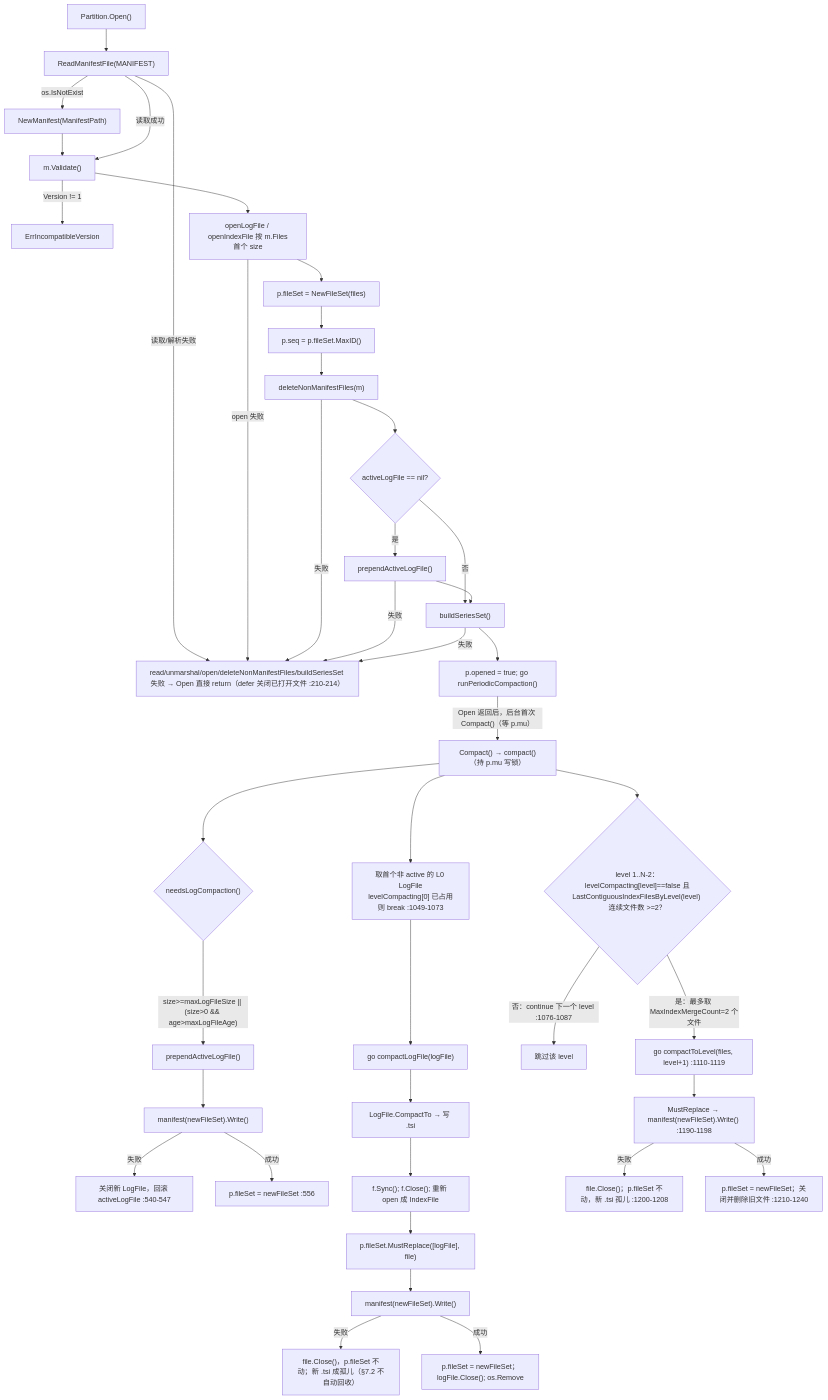
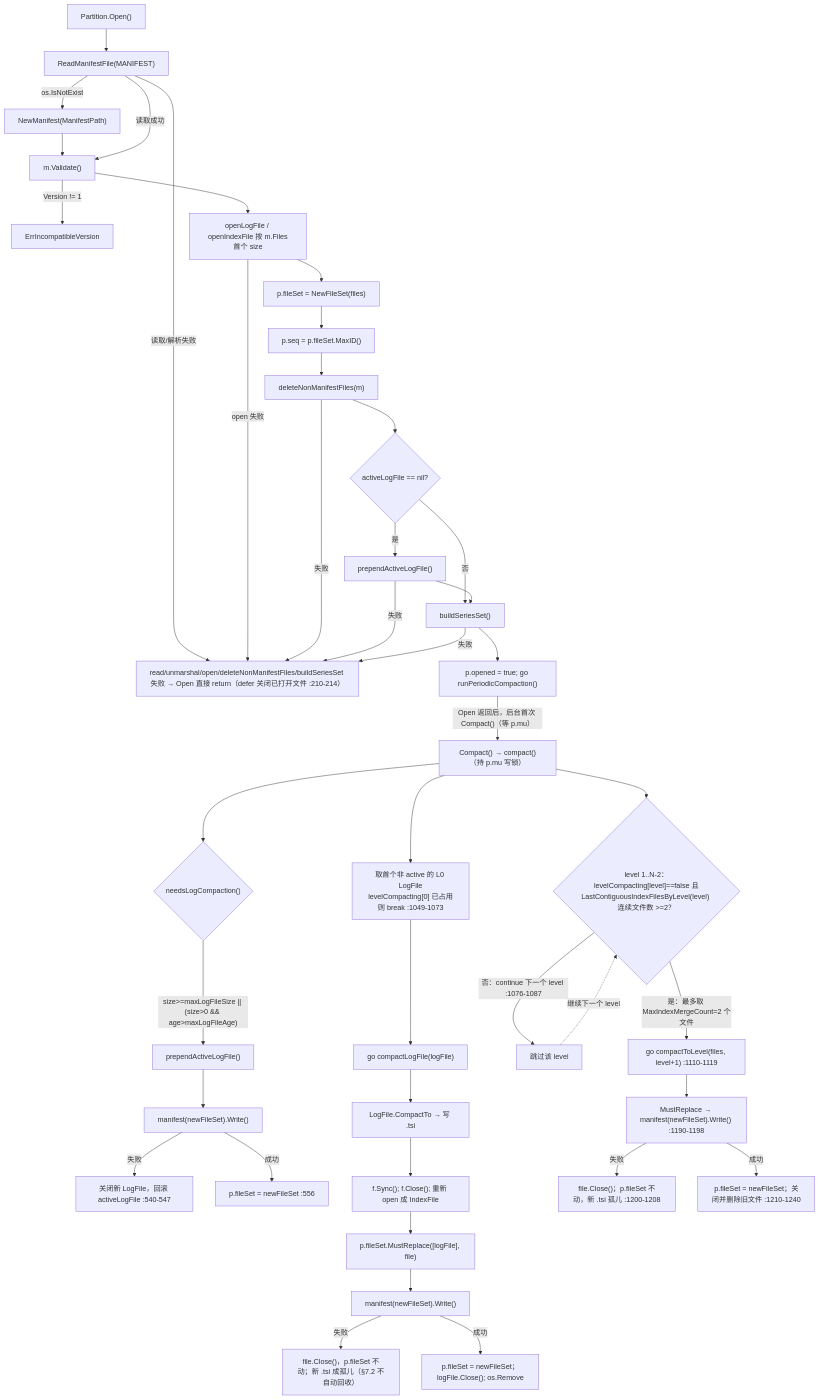
One commit to stefanv5/influxdb changed the first of 6 diagrams in docs/specs/v1.8.10-vs-v1.12.3/02_index_series_diff.md. Above: the diagram before and after it, drawn with Mermaid. The commit also changed other lines of this file and 16 other files, not shown here.

````diff
--- a/docs/specs/v1.8.10-vs-v1.12.3/02_index_series_diff.md
+++ b/docs/specs/v1.8.10-vs-v1.12.3/02_index_series_diff.md
@@ -64,43 +64,44 @@
 ```mermaid
 flowchart TD
     A["Partition.Open()"] --> B["ReadManifestFile(MANIFEST)"]
     B -->|"os.IsNotExist"| C["NewManifest(ManifestPath)"]
     B -->|"读取/解析失败"| X["read/unmarshal/open/deleteNonManifestFiles/buildSeriesSet 失败 → Open 直接 return（defer 关闭已打开文件 :210-214）"]
     C --> MV["m.Validate()"]
     B -->|"读取成功"| MV
     MV -->|"Version != 1"| XV["ErrIncompatibleVersion"]
     MV --> D["openLogFile / openIndexFile 按 m.Files<br/>首个 size<maxLogFileSize 的 LogFile → activeLogFile :216-238"]
     D -->|"open 失败"| X
     D --> E["p.fileSet = NewFileSet(files)"]
     E --> SQ["p.seq = p.fileSet.MaxID()"]
     SQ --> F["deleteNonManifestFiles(m)"]
     F -->|"失败"| X
     F --> PF{"activeLogFile == nil?"}
     PF -->|"是"| PG["prependActiveLogFile()"]
     PF -->|"否"| G["buildSeriesSet()"]
     PG -->|"失败"| X
     PG --> G
     G -->|"失败"| X
     G --> H["p.opened = true; go runPeriodicCompaction()"]
     H -->|"Open 返回后，后台首次 Compact()（等 p.mu）"| I["Compact() → compact()（持 p.mu 写锁）"]
 
     I --> J{"needsLogCompaction()"}
     J -->|"size>=maxLogFileSize || (size>0 && age>maxLogFileAge)"| K["prependActiveLogFile()"]
     K --> L["manifest(newFileSet).Write()"]
     L -->|"失败"| M["关闭新 LogFile，回滚 activeLogFile :540-547"]
     L -->|"成功"| N["p.fileSet = newFileSet :556"]
     I --> O["取首个非 active 的 L0 LogFile<br/>levelCompacting[0] 已占用则 break :1049-1073"]
     O --> P["go compactLogFile(logFile)"]
     P --> Q["LogFile.CompactTo → 写 .tsi"]
     Q --> R["f.Sync(); f.Close(); 重新 open 成 IndexFile"]
     R --> S["p.fileSet.MustReplace([logFile], file)"]
     S --> T["manifest(newFileSet).Write()"]
     T -->|"失败"| U["file.Close()，p.fileSet 不动；新 .tsi 成孤儿（§7.2 不自动回收）"]
     T -->|"成功"| V["p.fileSet = newFileSet；logFile.Close(); os.Remove"]
     I --> W{"level 1..N-2：levelCompacting[level]==false 且<br/>LastContiguousIndexFilesByLevel(level) 连续文件数 >=2？"}
     W -->|"否：continue 下一个 level :1076-1087"| W0["跳过该 level"]
+    W0 -.->|"继续下一个 level"| W
     W -->|"是：最多取 MaxIndexMergeCount=2 个文件"| W1["go compactToLevel(files, level+1) :1110-1119"]
     W1 --> W2["MustReplace → manifest(newFileSet).Write() :1190-1198"]
     W2 -->|"失败"| W3["file.Close()；p.fileSet 不动，新 .tsi 孤儿 :1200-1208"]
     W2 -->|"成功"| W4["p.fileSet = newFileSet；关闭并删除旧文件 :1210-1240"]
 ```
````
